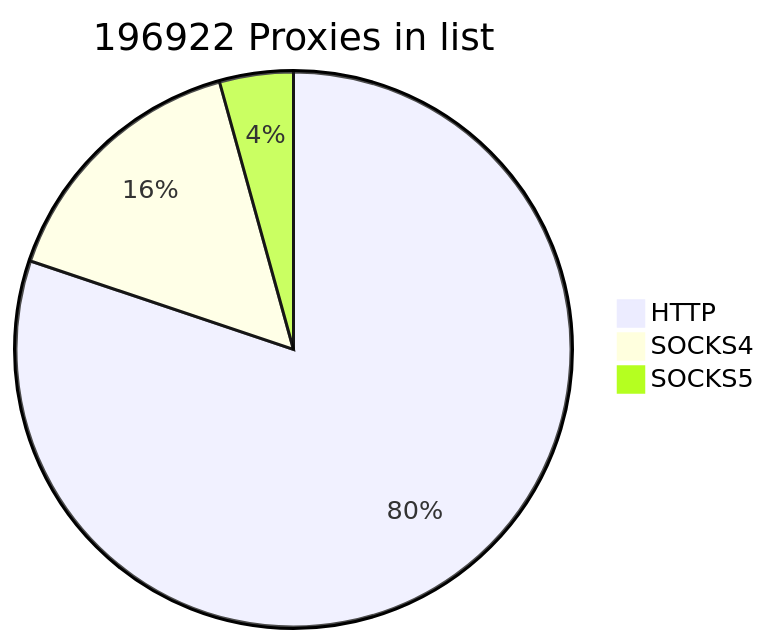
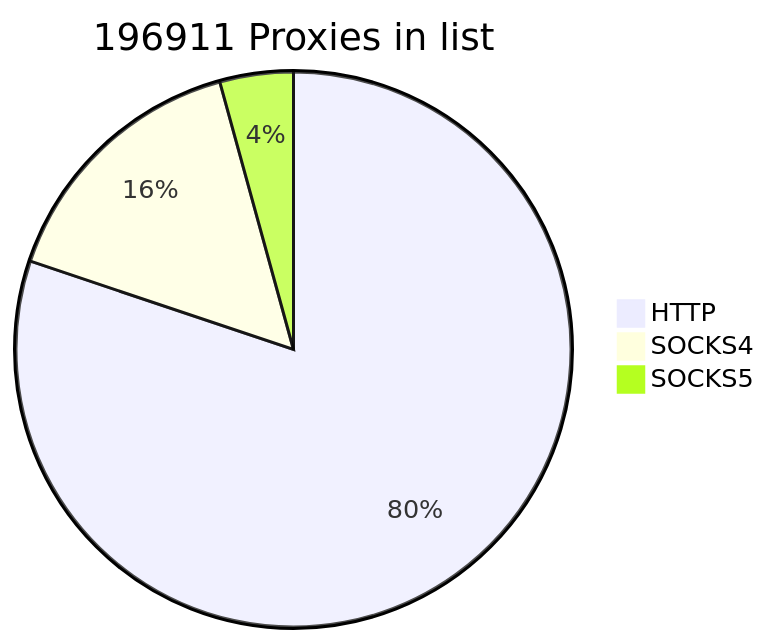
The first of 2 diagrams in README.md (cutipu/proxylist), drawn with Mermaid before and after one commit. The commit also changed other lines of this file, not shown here.

````diff
--- a/README.md
+++ b/README.md
@@ -2,7 +2,7 @@
 ```mermaid
-pie title 196922 Proxies in list
-    "HTTP" : 157867
-    "SOCKS4" : 30603
-    "SOCKS5" : 8452
+pie title 196911 Proxies in list
+    "HTTP" : 157840
+    "SOCKS4" : 30647
+    "SOCKS5" : 8424
             
 ```
````
